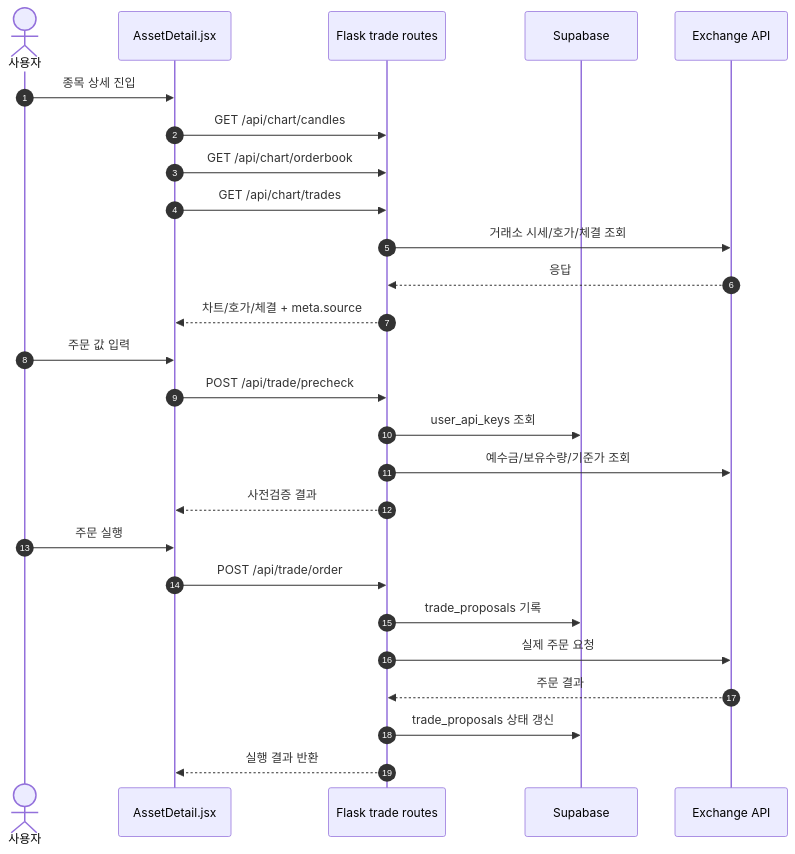
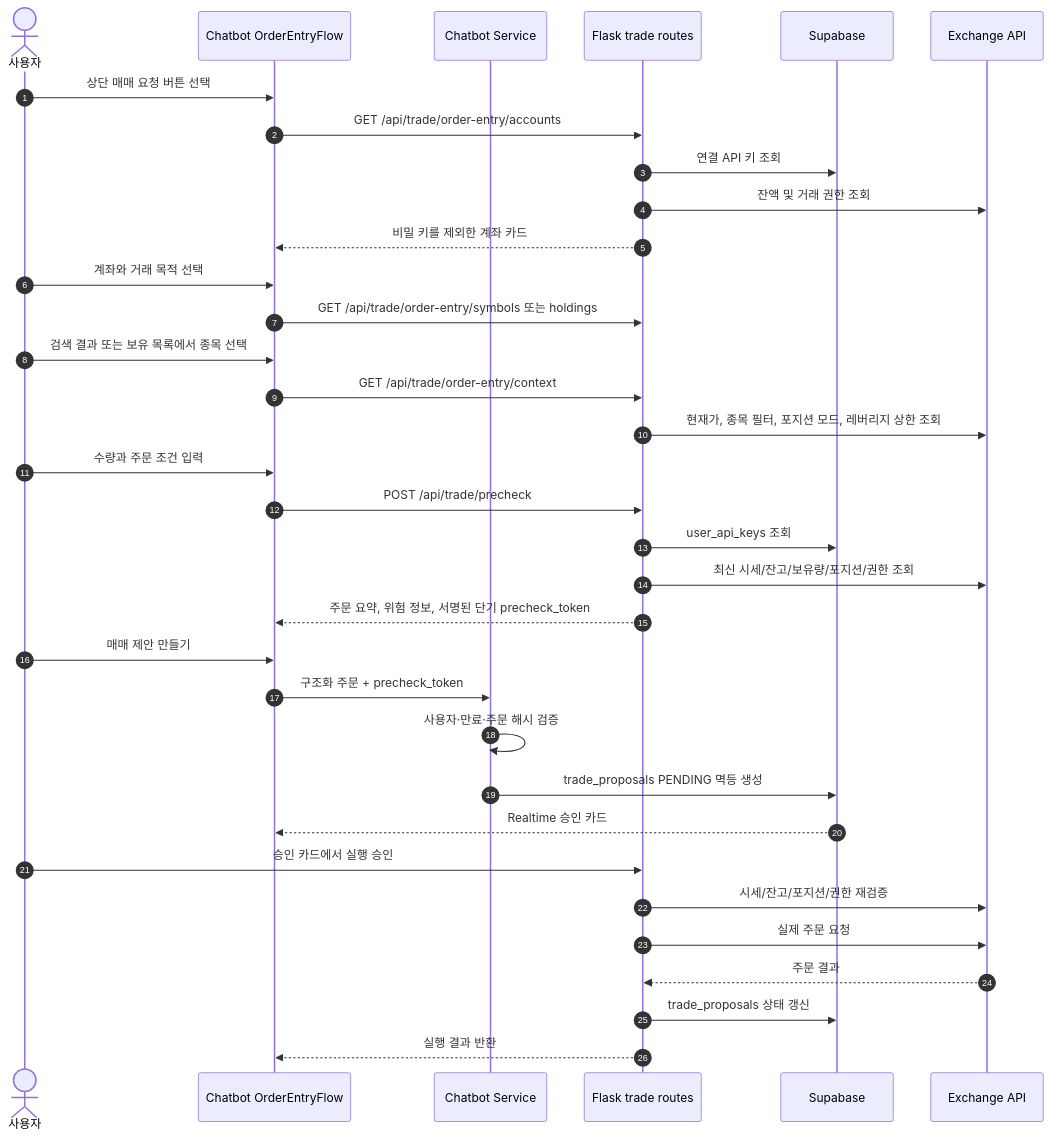
Before and after one commit to Y-youngchan/Trading: the second of 5 diagrams in system_workflow.md, drawn with Mermaid. The commit also changed other lines of this file and 21 other files, not shown here.

Commit message:
feat: implement single entry order request flow

````diff
--- a/system_workflow.md
+++ b/system_workflow.md
@@ -114,31 +114,41 @@
 ```mermaid
 sequenceDiagram
     autonumber
     actor User as 사용자
-    participant FE as AssetDetail.jsx
+    participant FE as Chatbot OrderEntryFlow
+    participant Chat as Chatbot Service
     participant API as Flask trade routes
     participant SB as Supabase
     participant EX as Exchange API
 
-    User->>FE: 종목 상세 진입
-    FE->>API: GET /api/chart/candles
-    FE->>API: GET /api/chart/orderbook
-    FE->>API: GET /api/chart/trades
-    API->>EX: 거래소 시세/호가/체결 조회
-    EX-->>API: 응답
-    API-->>FE: 차트/호가/체결 + meta.source
+    User->>FE: 상단 매매 요청 버튼 선택
+    FE->>API: GET /api/trade/order-entry/accounts
+    API->>SB: 연결 API 키 조회
+    API->>EX: 잔액 및 거래 권한 조회
+    API-->>FE: 비밀 키를 제외한 계좌 카드
 
-    User->>FE: 주문 값 입력
+    User->>FE: 계좌와 거래 목적 선택
+    FE->>API: GET /api/trade/order-entry/symbols 또는 holdings
+    User->>FE: 검색 결과 또는 보유 목록에서 종목 선택
+    FE->>API: GET /api/trade/order-entry/context
+    API->>EX: 현재가, 종목 필터, 포지션 모드, 레버리지 상한 조회
+
+    User->>FE: 수량과 주문 조건 입력
     FE->>API: POST /api/trade/precheck
     API->>SB: user_api_keys 조회
-    API->>EX: 예수금/보유수량/기준가 조회
-    API-->>FE: 사전검증 결과
+    API->>EX: 최신 시세/잔고/보유량/포지션/권한 조회
+    API-->>FE: 주문 요약, 위험 정보, 서명된 단기 precheck_token
 
-    User->>FE: 주문 실행
-    FE->>API: POST /api/trade/order
-    API->>SB: trade_proposals 기록
+    User->>FE: 매매 제안 만들기
+    FE->>Chat: 구조화 주문 + precheck_token
+    Chat->>Chat: 사용자·만료·주문 해시 검증
+    Chat->>SB: trade_proposals PENDING 멱등 생성
+    SB-->>FE: Realtime 승인 카드
+
+    User->>API: 승인 카드에서 실행 승인
+    API->>EX: 시세/잔고/포지션/권한 재검증
     API->>EX: 실제 주문 요청
     EX-->>API: 주문 결과
     API->>SB: trade_proposals 상태 갱신
     API-->>FE: 실행 결과 반환
 ```
````
